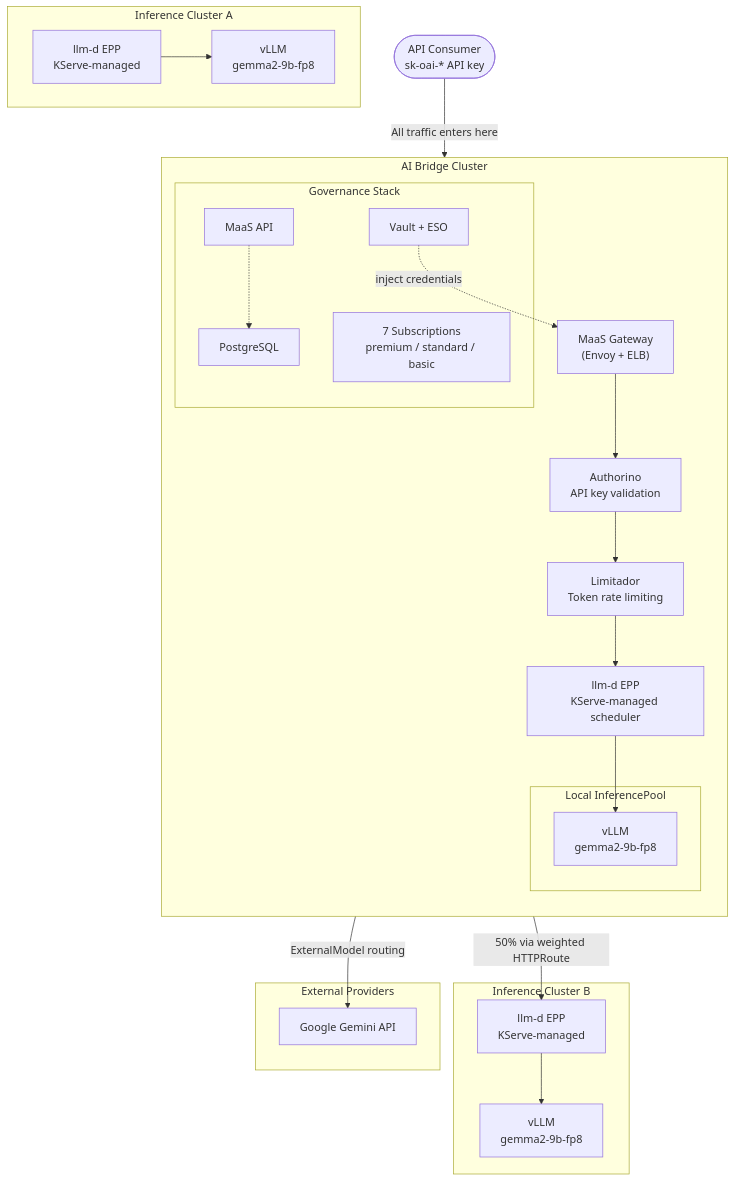
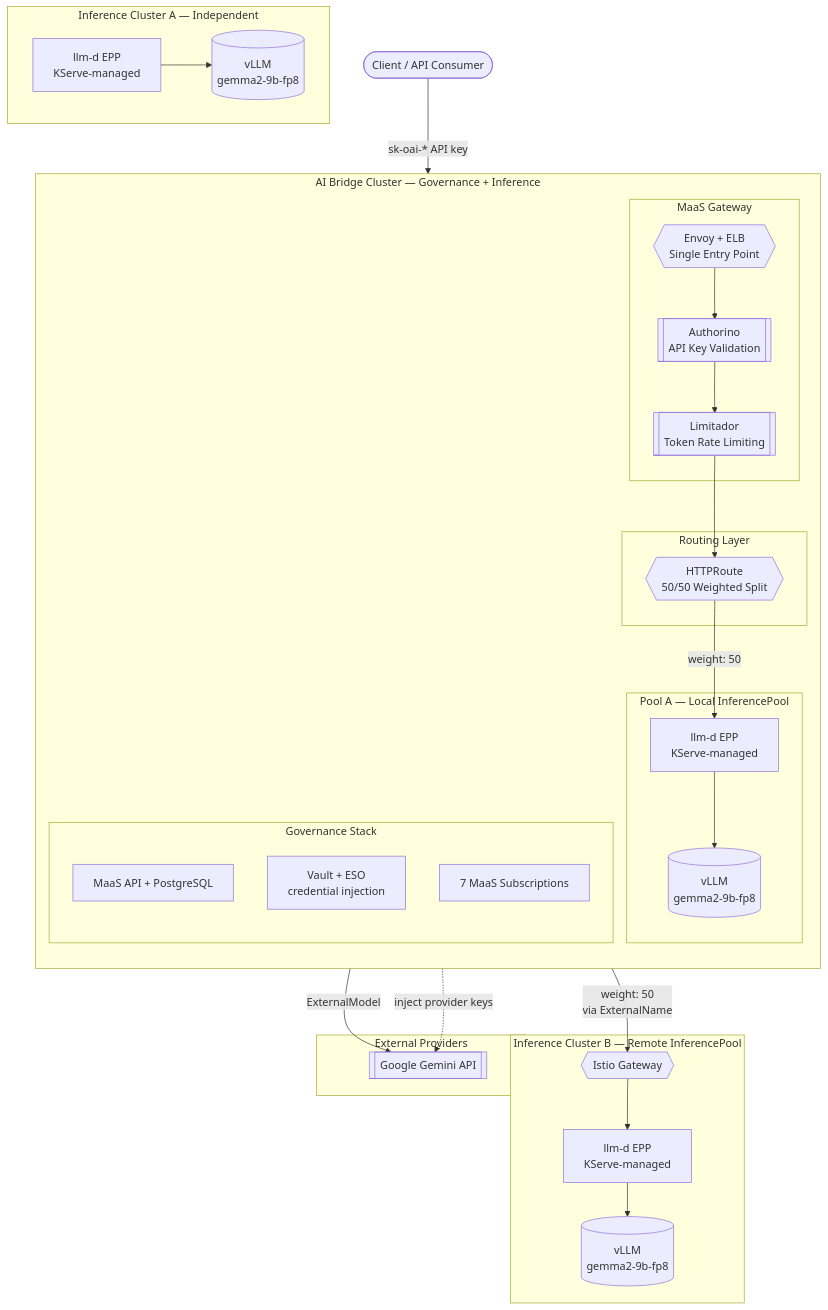
Before and after one commit to rrbanda/maas-demo: the first of 3 diagrams in docs/customer2-demo-narrative.md, drawn with Mermaid. The commit also changed other lines of this file, not shown here.

First line of the commit message:
Polish demo narrative: diagrams, log evidence, pre-flight checklist

````diff
--- a/docs/customer2-demo-narrative.md
+++ b/docs/customer2-demo-narrative.md
@@ -30,50 +71,58 @@
 ```mermaid
 flowchart TB
-    Client(["API Consumer<br/>sk-oai-* API key"])
+    Client(["Client / API Consumer"])
 
-    subgraph bridge ["AI Bridge Cluster"]
+    subgraph bridge ["AI Bridge Cluster — Governance + Inference"]
         direction TB
-        GW["MaaS Gateway<br/>(Envoy + ELB)"]
-        Auth["Authorino<br/>API key validation"]
-        Lim["Limitador<br/>Token rate limiting"]
-        EPP_B["llm-d EPP<br/>KServe-managed scheduler"]
-        
-        subgraph govStack ["Governance Stack"]
-            MaaSAPI["MaaS API"]
-            PG["PostgreSQL"]
-            Vault["Vault + ESO"]
-            Subs["7 Subscriptions<br/>premium / standard / basic"]
+
+        subgraph gateway ["MaaS Gateway"]
+            GW{{"Envoy + ELB<br/>Single Entry Point"}}
+            Auth[["Authorino<br/>API Key Validation"]]
+            Lim[["Limitador<br/>Token Rate Limiting"]]
         end
 
-        subgraph localPool ["Local InferencePool"]
-            vLLM_local["vLLM<br/>gemma2-9b-fp8"]
+        subgraph routing ["Routing Layer"]
+            HTTPRoute{{"HTTPRoute<br/>50/50 Weighted Split"}}
+        end
+
+        subgraph localPool ["Pool A — Local InferencePool"]
+            EPP_local["llm-d EPP<br/>KServe-managed"]
+            vLLM_local[("vLLM<br/>gemma2-9b-fp8")]
+            EPP_local --> vLLM_local
+        end
+
+        subgraph govStack ["Governance Stack"]
+            MaaSAPI["MaaS API + PostgreSQL"]
+            Vault["Vault + ESO<br/>credential injection"]
+            Subs["7 MaaS Subscriptions"]
         end
 
         GW --> Auth
         Auth --> Lim
-        Lim --> EPP_B
-        EPP_B --> vLLM_local
-        MaaSAPI -.-> PG
-        Vault -.->|"inject credentials"| GW
+        Lim --> HTTPRoute
+        HTTPRoute -->|"weight: 50"| EPP_local
     end
 
-    subgraph clusterA ["Inference Cluster A"]
+    subgraph clusterB ["Inference Cluster B — Remote InferencePool"]
+        GW_B{{"Istio Gateway"}}
+        EPP_B["llm-d EPP<br/>KServe-managed"]
+        vLLM_B[("vLLM<br/>gemma2-9b-fp8")]
+        GW_B --> EPP_B
+        EPP_B --> vLLM_B
+    end
+
+    subgraph clusterA ["Inference Cluster A — Independent"]
         EPP_A["llm-d EPP<br/>KServe-managed"]
-        vLLM_A["vLLM<br/>gemma2-9b-fp8"]
+        vLLM_A[("vLLM<br/>gemma2-9b-fp8")]
         EPP_A --> vLLM_A
     end
 
-    subgraph clusterB ["Inference Cluster B"]
-        EPP_C["llm-d EPP<br/>KServe-managed"]
-        vLLM_C["vLLM<br/>gemma2-9b-fp8"]
-        EPP_C --> vLLM_C
+    subgraph external ["External Providers"]
+        Gemini[["Google Gemini API"]]
     end
 
-    subgraph external ["External Providers"]
-        Gemini["Google Gemini API"]
-    end
-
-    Client -->|"All traffic enters here"| GW
-    GW -->|"50% via weighted HTTPRoute"| EPP_C
-    GW -->|"ExternalModel routing"| Gemini
+    Client -->|"sk-oai-* API key"| GW
+    HTTPRoute -->|"weight: 50<br/>via ExternalName"| GW_B
+    GW -->|"ExternalModel"| Gemini
+    Vault -.->|"inject provider keys"| Gemini
 ```
````
